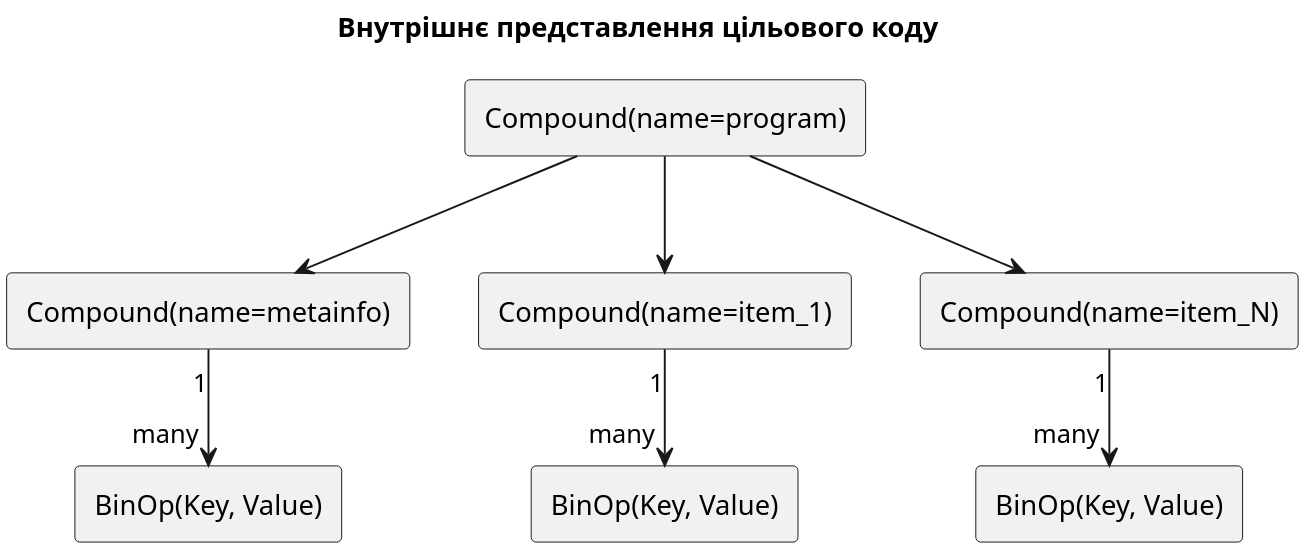
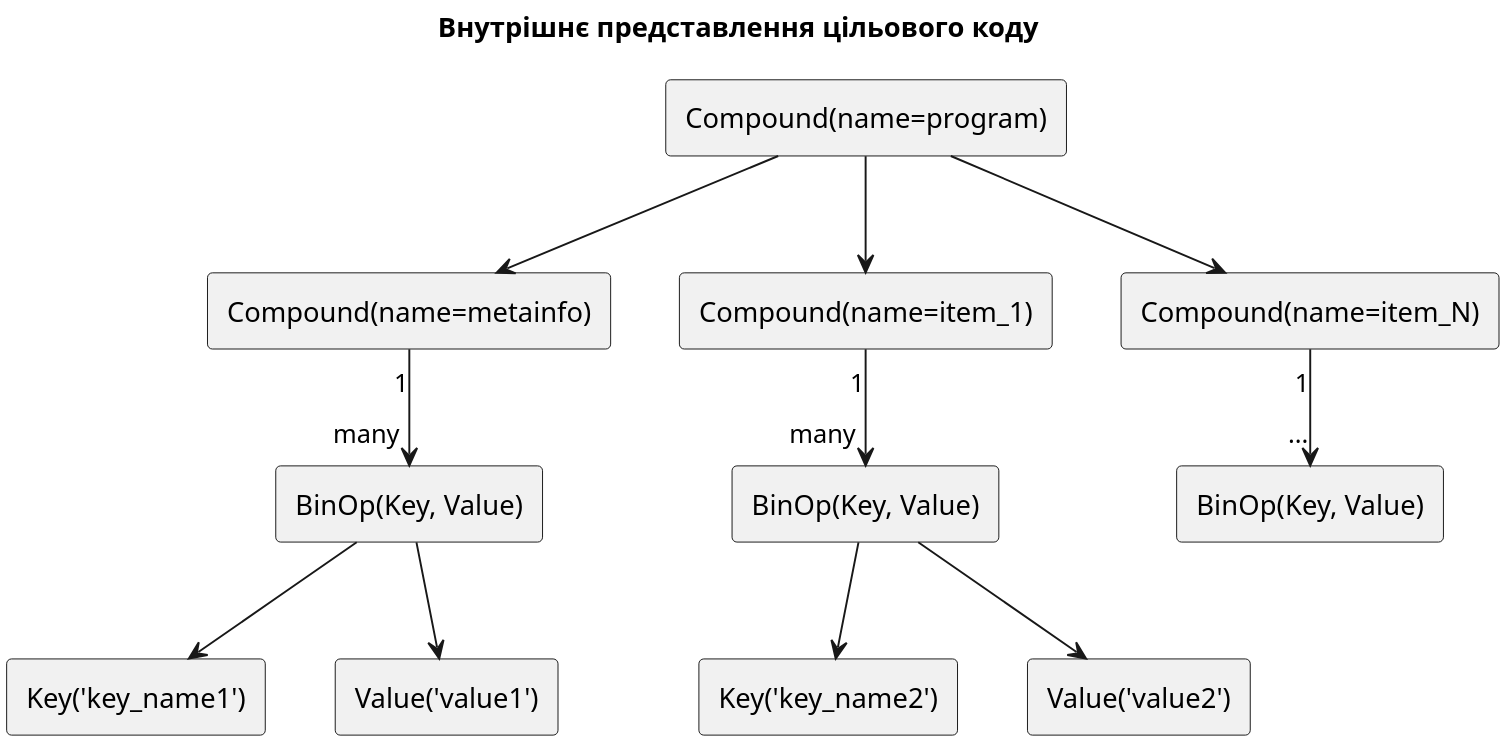
One commit to Gera3dartist/quiz_compiler changed the diagram in documentation/diagrams/code_ast_representation.puml. Above: the diagram before and after it, drawn with PlantUML. The commit also changed 8 other files, not shown here.

```diff
--- a/documentation/diagrams/code_ast_representation.puml
+++ b/documentation/diagrams/code_ast_representation.puml
@@ -1,21 +1,33 @@
 @startuml Usecases
 scale 3
 title Внутрішнє представлення цільового коду
 
 
 rectangle "Compound(name=program)" as program
 rectangle "Compound(name=metainfo)" as metainfo
 rectangle "Compound(name=item_1)" as item1
 rectangle "Compound(name=item_N)" as itemN
 rectangle "BinOp(Key, Value)" as binop0
 rectangle "BinOp(Key, Value)" as binop1
 rectangle "BinOp(Key, Value)" as binop2
+rectangle "Key('key_name1')" as key1
+rectangle "Key('key_name2')" as key2
+rectangle "Value('value1')" as value1
+rectangle "Value('value2')" as value2
+
+
+
 
 program --> metainfo
 program --> item1
 program --> itemN
 item1  "1" --> "many"  binop1
-itemN "1" --> "many" binop2
+itemN "1" --> "..." binop2
 metainfo "1" --> "many" binop0
+binop0 --> key1
+binop0 --> value1
+binop1 --> key2
+binop1 --> value2
+
 
 @enduml
```
